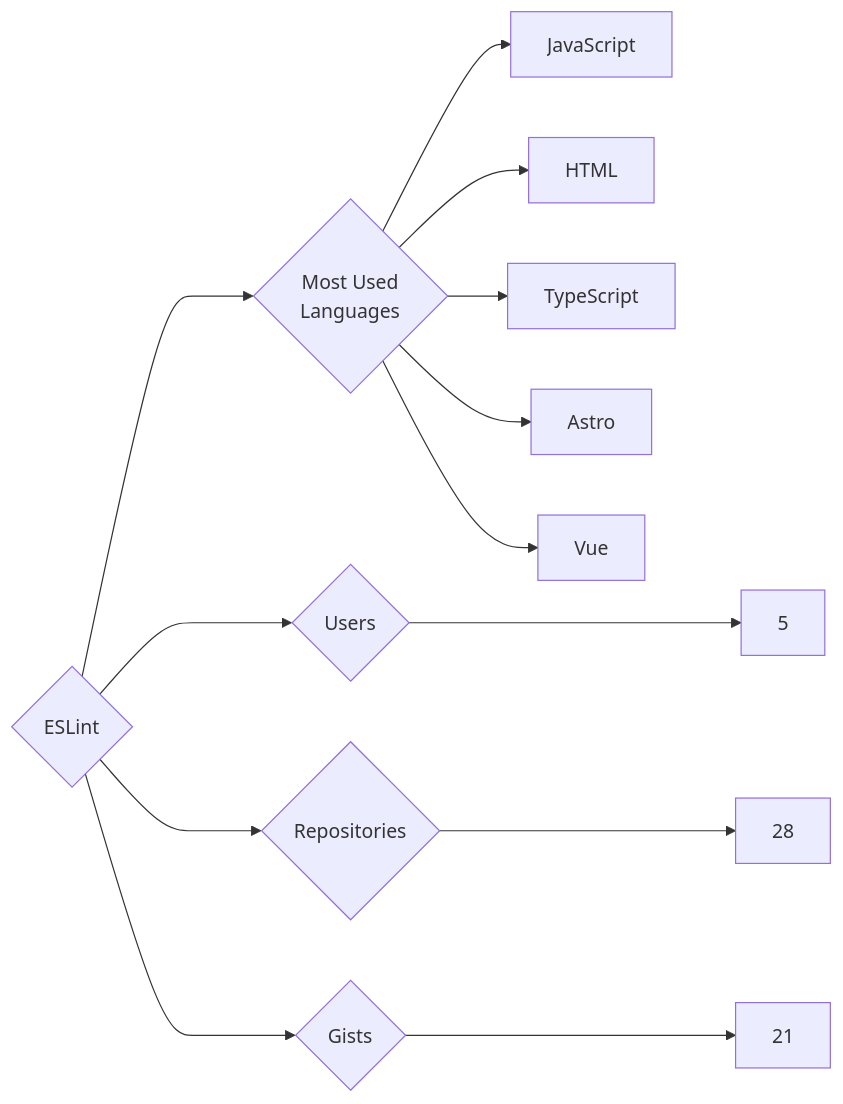
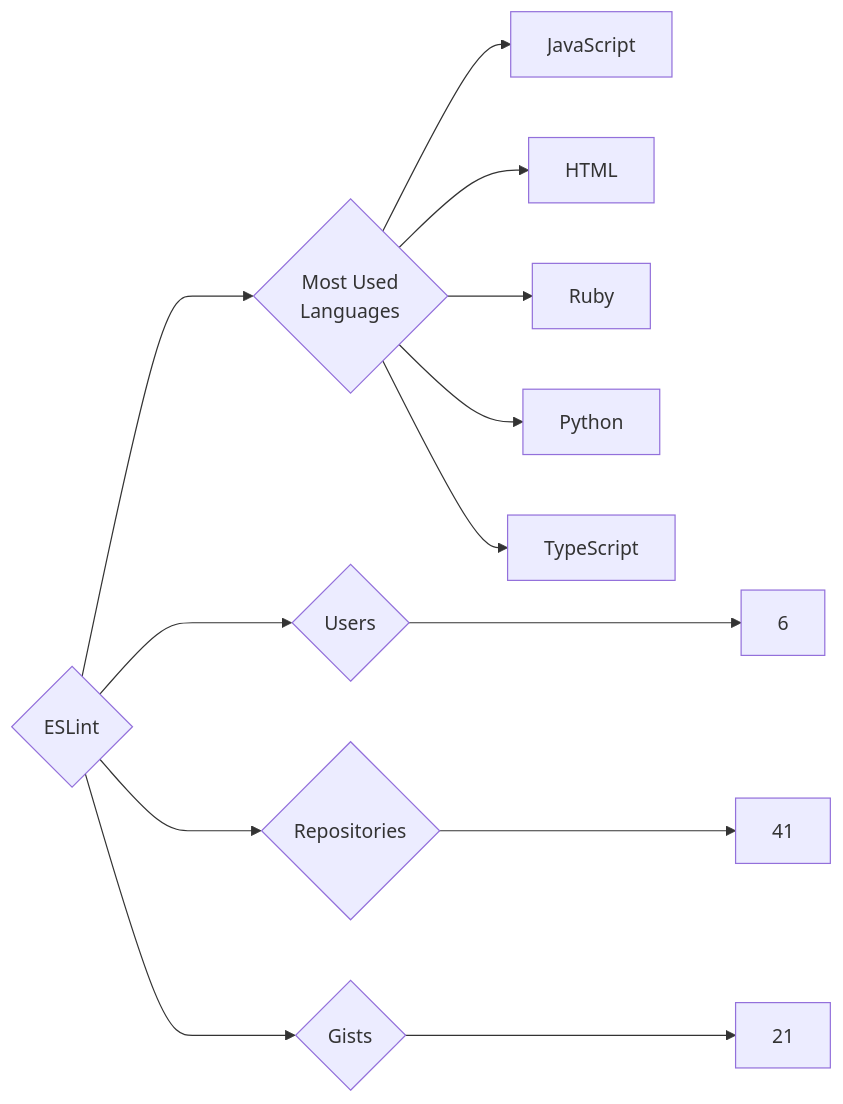
One commit to trickest/insiders changed the diagram in targets/ESLint/README.md. Above: the diagram before and after it, drawn with Mermaid. The commit also changed 865 other files, not shown here.

````diff
--- a/targets/ESLint/README.md
+++ b/targets/ESLint/README.md
@@ -3,13 +3,13 @@
 ```mermaid
 graph LR
 COMPANY_NAME{ESLint}
-COMPANY_NAME ---> U{Users} ---> UN[5]
-COMPANY_NAME ---> R{Repositories} ---> RN[28]
+COMPANY_NAME ---> U{Users} ---> UN[6]
+COMPANY_NAME ---> R{Repositories} ---> RN[41]
 COMPANY_NAME ---> G{Gists} ---> GN[21]
 COMPANY_NAME ---> ML{Most Used<br>Languages}
 ML --> JavaScript[JavaScript]
 ML --> HTML[HTML]
+ML --> Ruby[Ruby]
+ML --> Python[Python]
 ML --> TypeScript[TypeScript]
-ML --> Astro[Astro]
-ML --> Vue[Vue]
 ```
````
